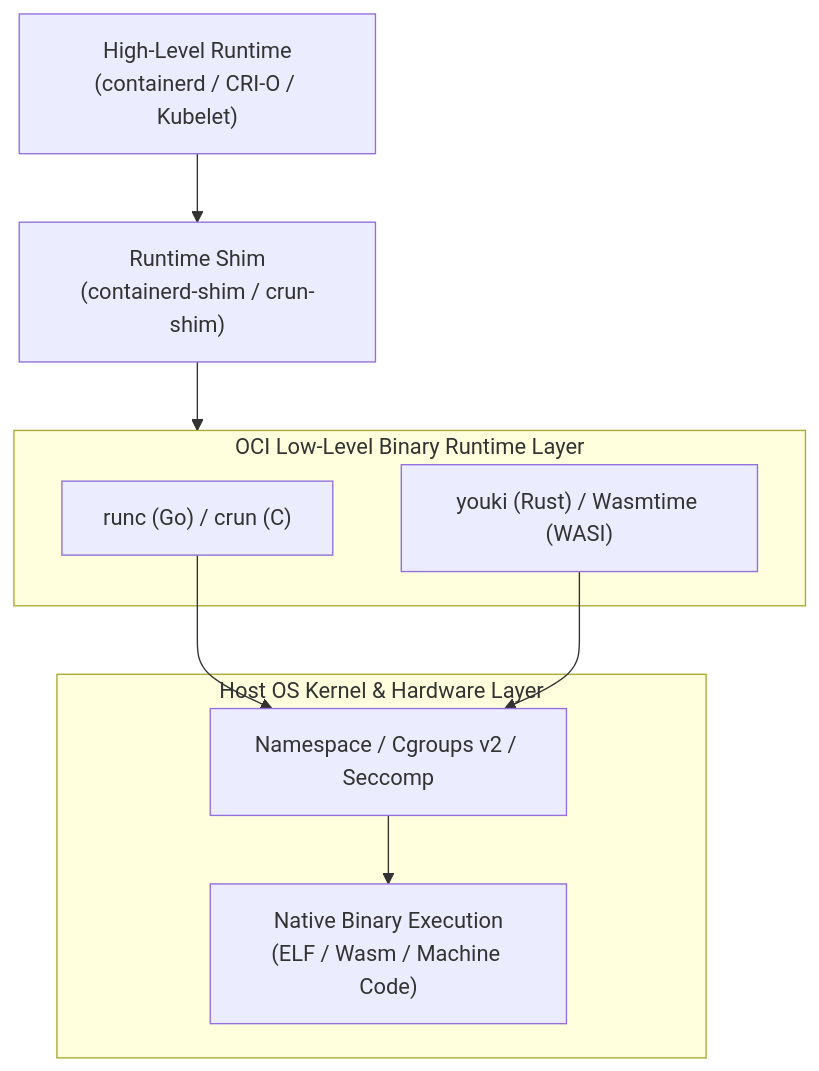
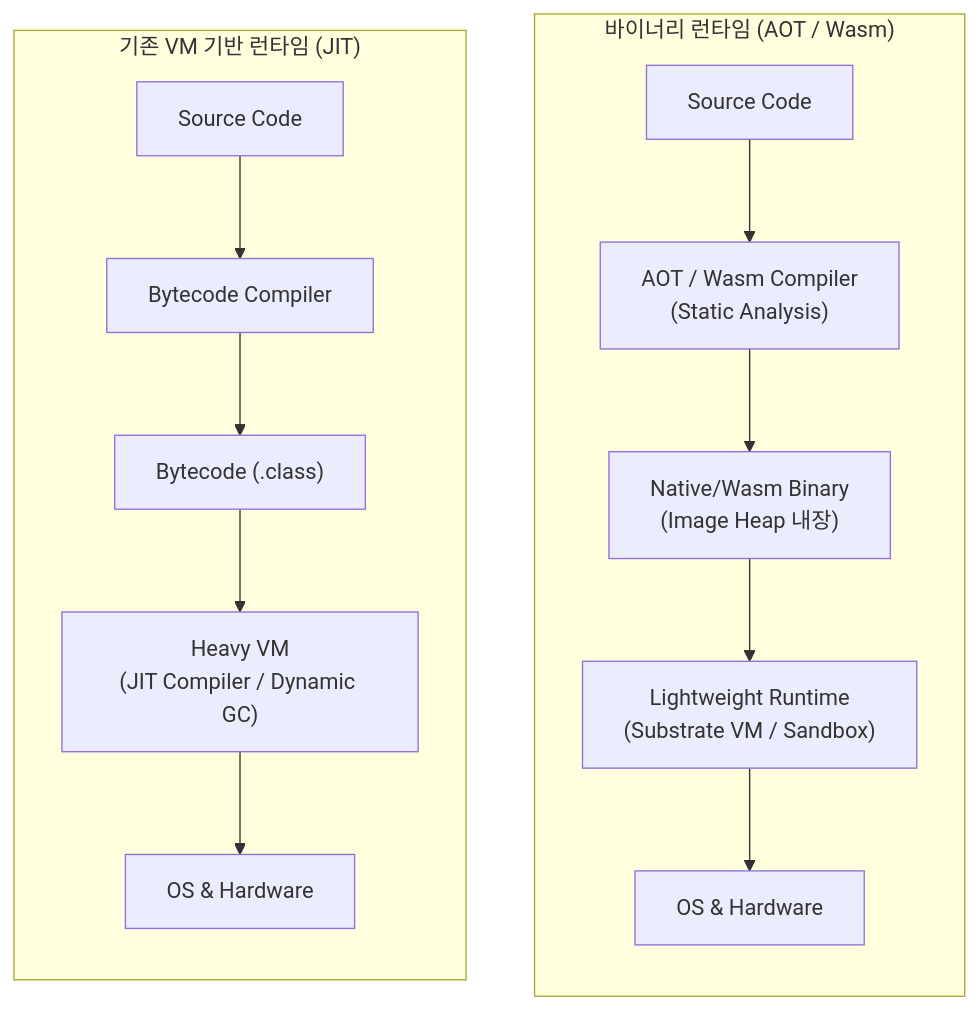
One commit to supremethumb/supremethumb.github.io changed the diagram in content/02_IT_Tech/바이너리 런타임.md. Above: the diagram before and after it, drawn with Mermaid. The commit also changed other lines of this file and 1970 other files, not shown here.

First line of the commit message:
feat(content): restructure 02_IT_Tech with 10 domain MOCs, wikilinks, related topics, and fix all mermaid syntax errors

````diff
--- a/content/02_IT_Tech/바이너리 런타임.md
+++ b/content/02_IT_Tech/바이너리 런타임.md
@@ -20,21 +38,21 @@
 ```mermaid
-graph TD
-    CLI["High-Level Runtime<br/>(containerd / CRI-O / Kubelet)"]
-    SHIM["Runtime Shim<br/>(containerd-shim / crun-shim)"]
-    
-    subgraph LowLevel ["OCI Low-Level Binary Runtime Layer"]
-        RUNC["runc (Go) / crun (C)"]
-        YOUKI["youki (Rust) / Wasmtime (WASI)"]
+flowchart LR
+    subgraph Traditional ["기존 VM 기반 런타임 (JIT)"]
+        direction TB
+        SRC1["Source Code"] --> COMP1["Bytecode Compiler"]
+        COMP1 --> BYTE["Bytecode (.class)"]
+        BYTE --> VM["Heavy VM<br/>(JIT Compiler / Dynamic GC)"]
+        VM --> OS1["OS & Hardware"]
+    end
+
+    subgraph BinaryRT ["바이너리 런타임 (AOT / Wasm)"]
+        direction TB
+        SRC2["Source Code"] --> AOT["AOT / Wasm Compiler<br/>(Static Analysis)"]
+        AOT --> BIN["Native/Wasm Binary<br/>(Image Heap 내장)"]
+        BIN --> LGRT["Lightweight Runtime<br/>(Substrate VM / Sandbox)"]
+        LGRT --> OS2["OS & Hardware"]
     end
     
-    subgraph KernelHW ["Host OS Kernel & Hardware Layer"]
-        ISO["Namespace / Cgroups v2 / Seccomp"]
-        EXEC["Native Binary Execution<br/>(ELF / Wasm / Machine Code)"]
-    end
-    
-    CLI --> SHIM
-    SHIM --> LowLevel
-    RUNC --> ISO
-    YOUKI --> ISO
-    ISO --> EXEC
+    Traditional ~~~ BinaryRT
+
 ```
````
